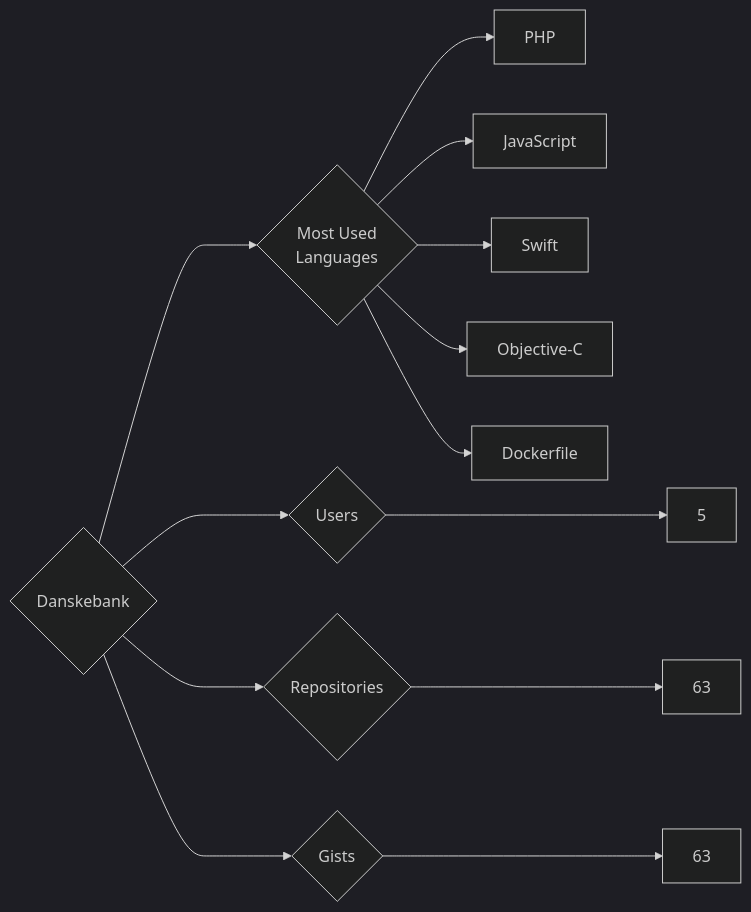
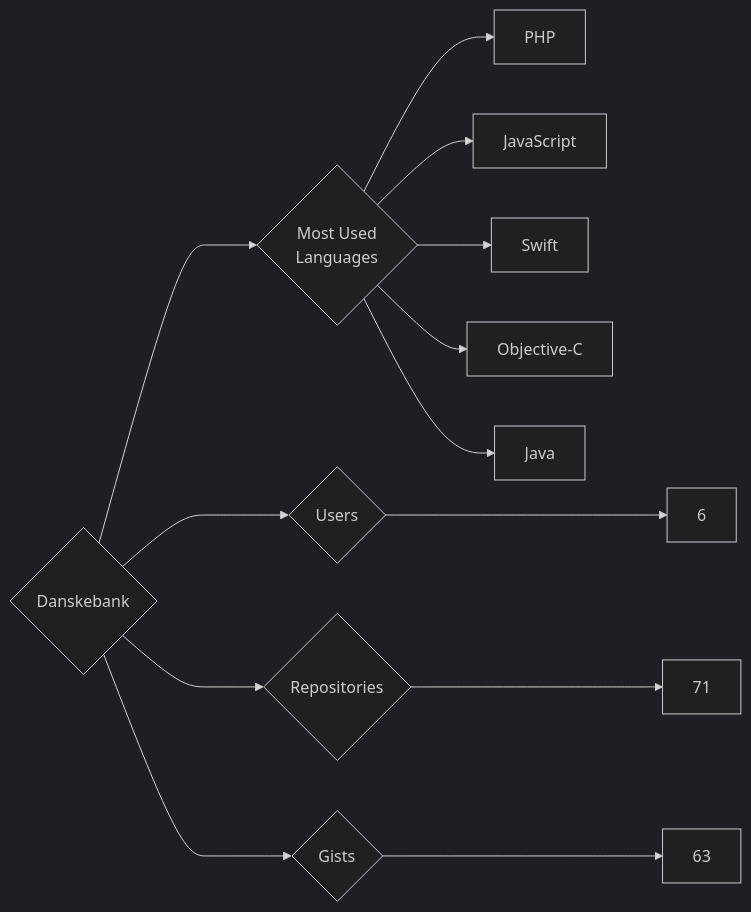
One commit to trickest/insiders changed the diagram in targets/Danskebank/README.md. Above: the diagram before and after it, drawn with Mermaid (dark theme). The commit also changed 860 other files, not shown here.

````diff
--- a/targets/Danskebank/README.md
+++ b/targets/Danskebank/README.md
@@ -3,13 +3,13 @@
 ```mermaid
 graph LR
 COMPANY_NAME{Danskebank}
-COMPANY_NAME ---> U{Users} ---> UN[5]
-COMPANY_NAME ---> R{Repositories} ---> RN[63]
+COMPANY_NAME ---> U{Users} ---> UN[6]
+COMPANY_NAME ---> R{Repositories} ---> RN[71]
 COMPANY_NAME ---> G{Gists} ---> GN[63]
 COMPANY_NAME ---> ML{Most Used<br>Languages}
 ML --> PHP[PHP]
 ML --> JavaScript[JavaScript]
 ML --> Swift[Swift]
 ML --> Objective-C[Objective-C]
-ML --> Dockerfile[Dockerfile]
+ML --> Java[Java]
 ```
````
